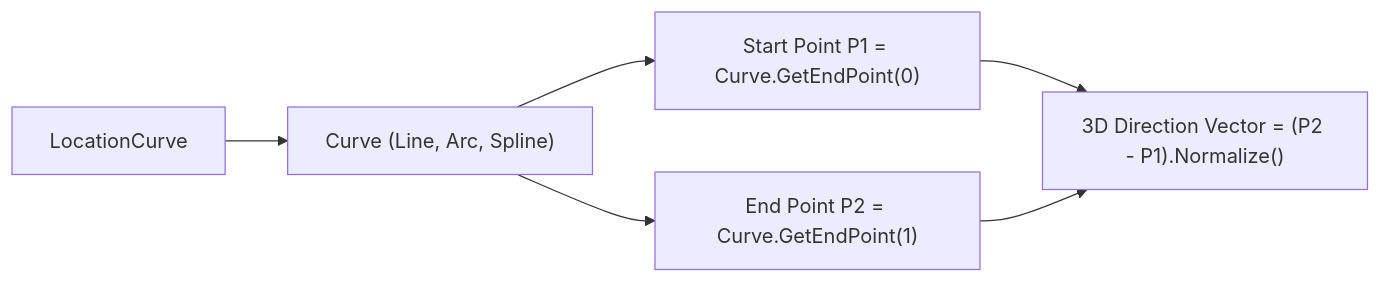
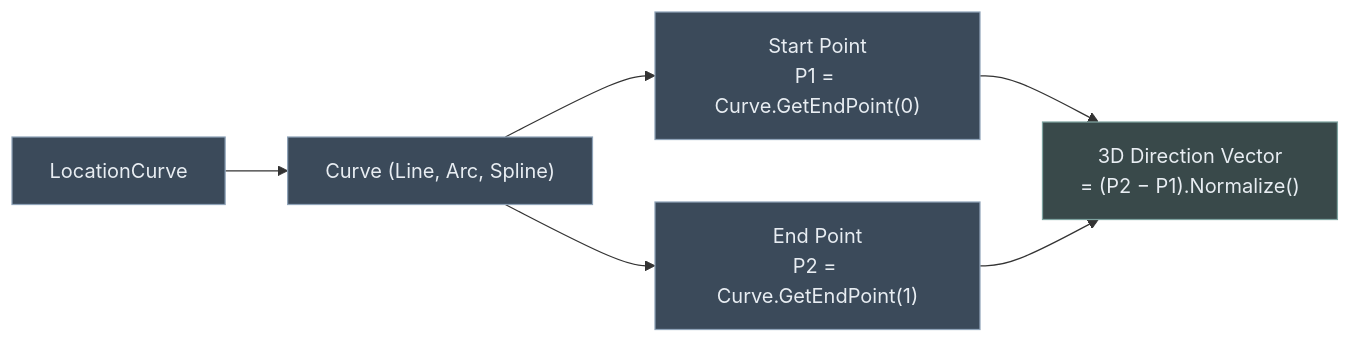
The fifth of 7 diagrams in RevitApiSamples/Samples/Transform/Transform.md (Mustafa-TOMMY/CommandSamplesRevitApiVer2025), drawn with Mermaid before and after one commit. The commit also changed other lines of this file, not shown here.

````diff
--- a/RevitApiSamples/Samples/Transform/Transform.md
+++ b/RevitApiSamples/Samples/Transform/Transform.md
@@ -117,8 +155,13 @@
 ```mermaid
 flowchart LR
-    LC["LocationCurve"] --> C["Curve (Line, Arc, Spline)"]
-    C --> P0["Start Point P1 = Curve.GetEndPoint(0)"]
-    C --> P1["End Point P2 = Curve.GetEndPoint(1)"]
-    P0 --> Dir["3D Direction Vector = (P2 - P1).Normalize()"]
-    P1 --> Dir
+    LC["LocationCurve"] --> Crv["Curve (Line, Arc, Spline)"]
+    Crv --> Start["Start Point<br/>P1 = Curve.GetEndPoint(0)"]
+    Crv --> End["End Point<br/>P2 = Curve.GetEndPoint(1)"]
+    Start --> Dir["3D Direction Vector<br/>= (P2 − P1).Normalize()"]
+    End --> Dir
+
+    classDef native fill:#3b4a5a,stroke:#8fa3b8,color:#e8edf2;
+    classDef result fill:#39494a,stroke:#7ea3a0,color:#e8edf2;
+    class LC,Crv,Start,End native
+    class Dir result
 ```
````
